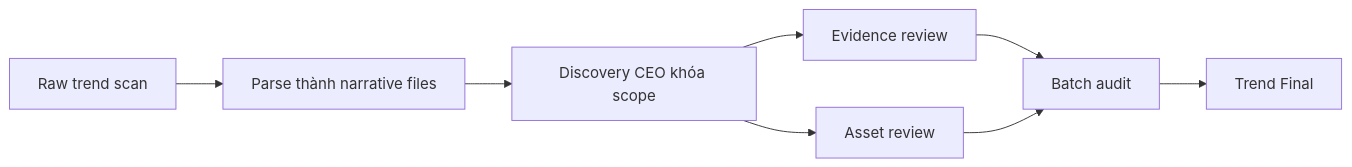
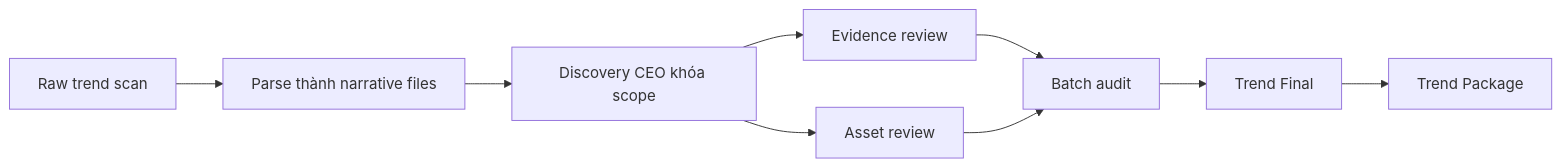
The diagram in docs/stages/trend-discovery.mdx (0xchalker/mintlify-docs), drawn with Mermaid before and after one commit. The commit also changed other lines of this file and 2 other files, not shown here.

Commit message:
Document Trend Package handoff

````diff
--- a/docs/stages/trend-discovery.mdx
+++ b/docs/stages/trend-discovery.mdx
@@ -19,10 +19,11 @@
 ```mermaid
 flowchart LR
     A["Raw trend scan"] --> B["Parse thành narrative files"]
     B --> C["Discovery CEO khóa scope"]
     C --> D["Evidence review"]
     C --> E["Asset review"]
     D --> F["Batch audit"]
     E --> F
     F --> G["Trend Final"]
+    G --> H["Trend Package"]
 ```
````
